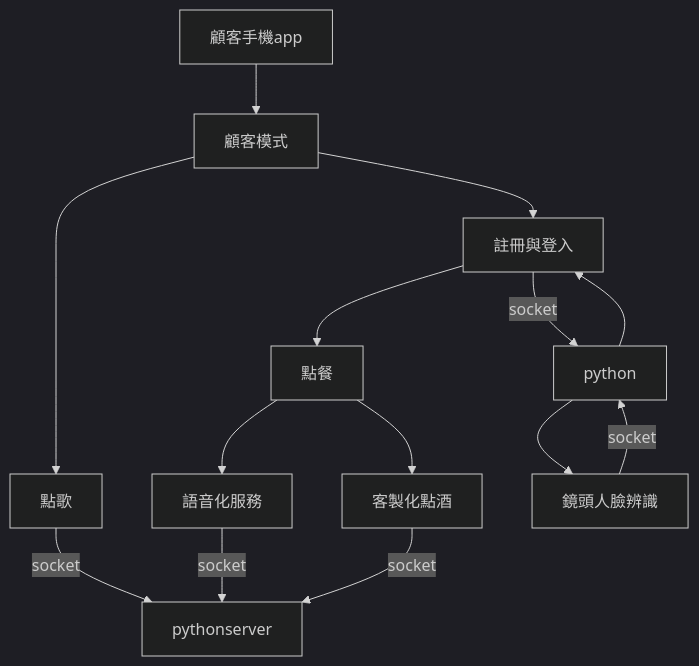
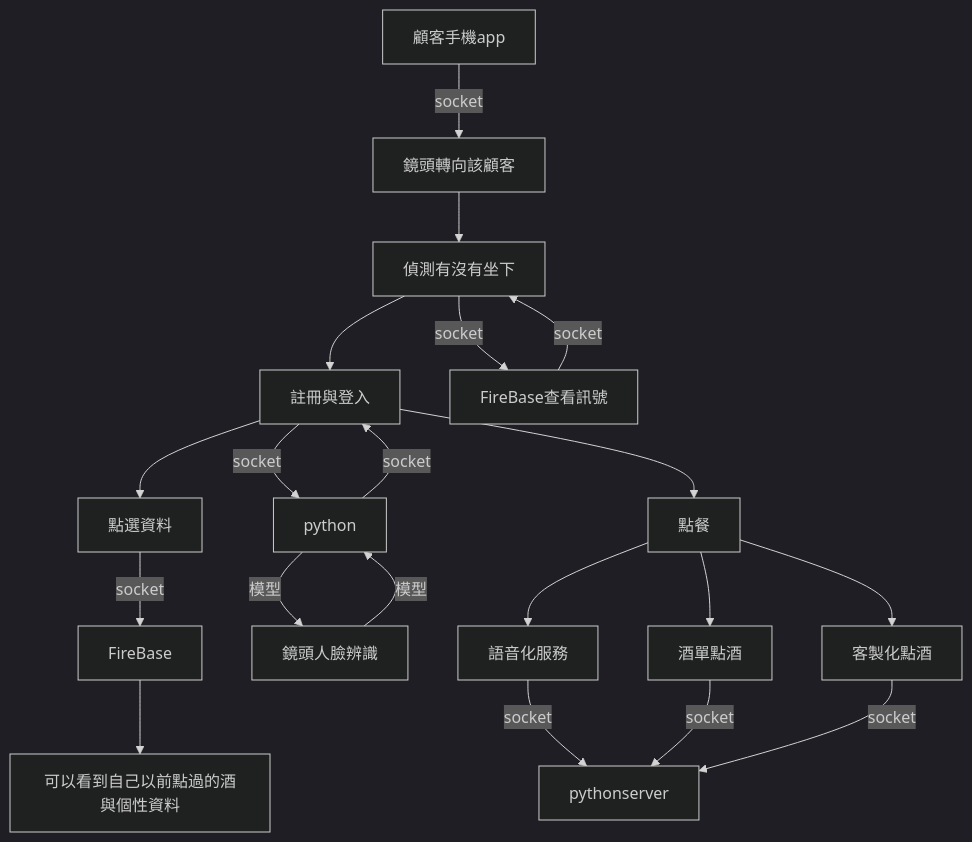
One commit to huskyncu/Bar_Project changed the second of 3 diagrams in README.md. Above: the diagram before and after it, drawn with Mermaid (dark theme). The commit also changed other lines of this file, not shown here.

````diff
--- a/README.md
+++ b/README.md
@@ -47,8 +51,10 @@
 ```mermaid
 graph TD;
-顧客手機app-->顧客模式;
-顧客模式-->點歌-->|socket|pythonserver;
-顧客模式-->註冊與登入-->點餐-->語音化服務-->|socket|pythonserver;
-註冊與登入-->|socket|python-->鏡頭人臉辨識-->|socket|python-->註冊與登入;
+顧客手機app-->|socket|鏡頭轉向該顧客-->偵測有沒有坐下;
+偵測有沒有坐下-->註冊與登入-->點餐-->語音化服務-->|socket|pythonserver;
+偵測有沒有坐下-->|socket|FireBase查看訊號-->|socket|偵測有沒有坐下;
+註冊與登入-->|socket|python-->|模型|鏡頭人臉辨識-->|模型|python-->|socket|註冊與登入;
+點餐-->酒單點酒-->|socket|pythonserver;
 點餐-->客製化點酒-->|socket|pythonserver;
+註冊與登入-->點選資料-->|socket|FireBase-->可以看到自己以前點過的酒與個性資料
 ```
````
